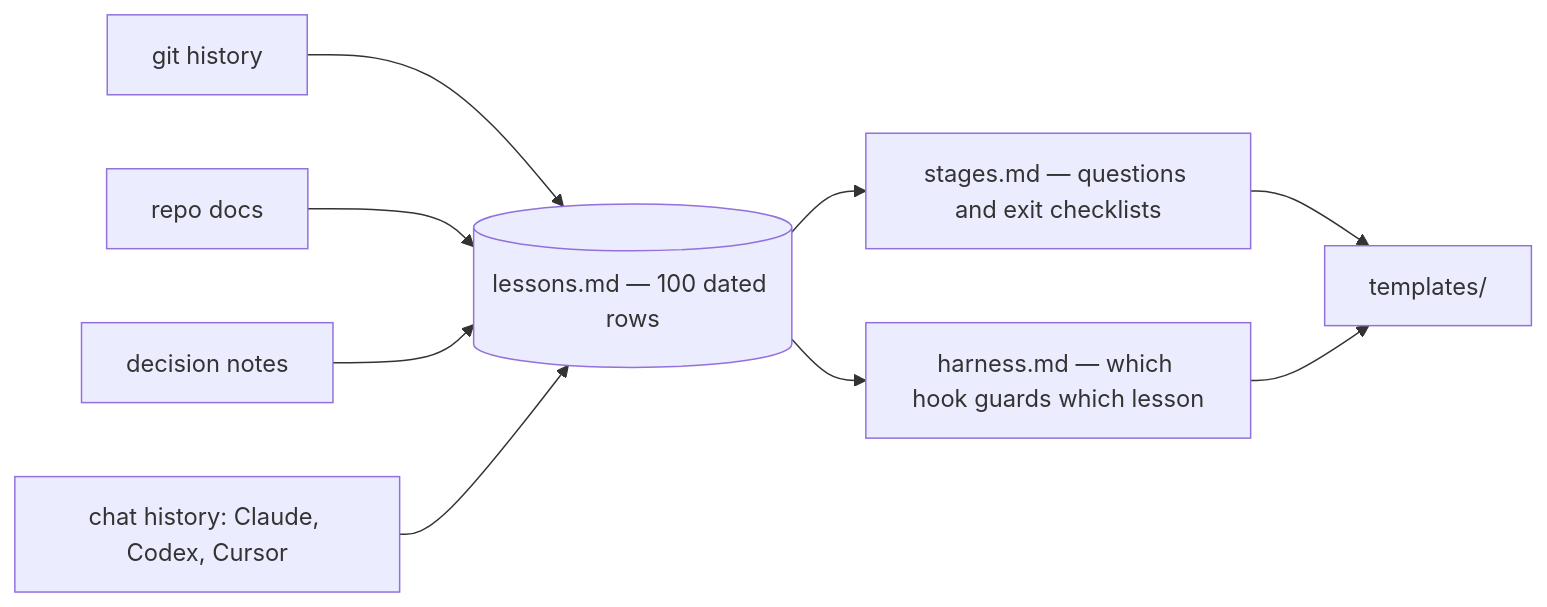
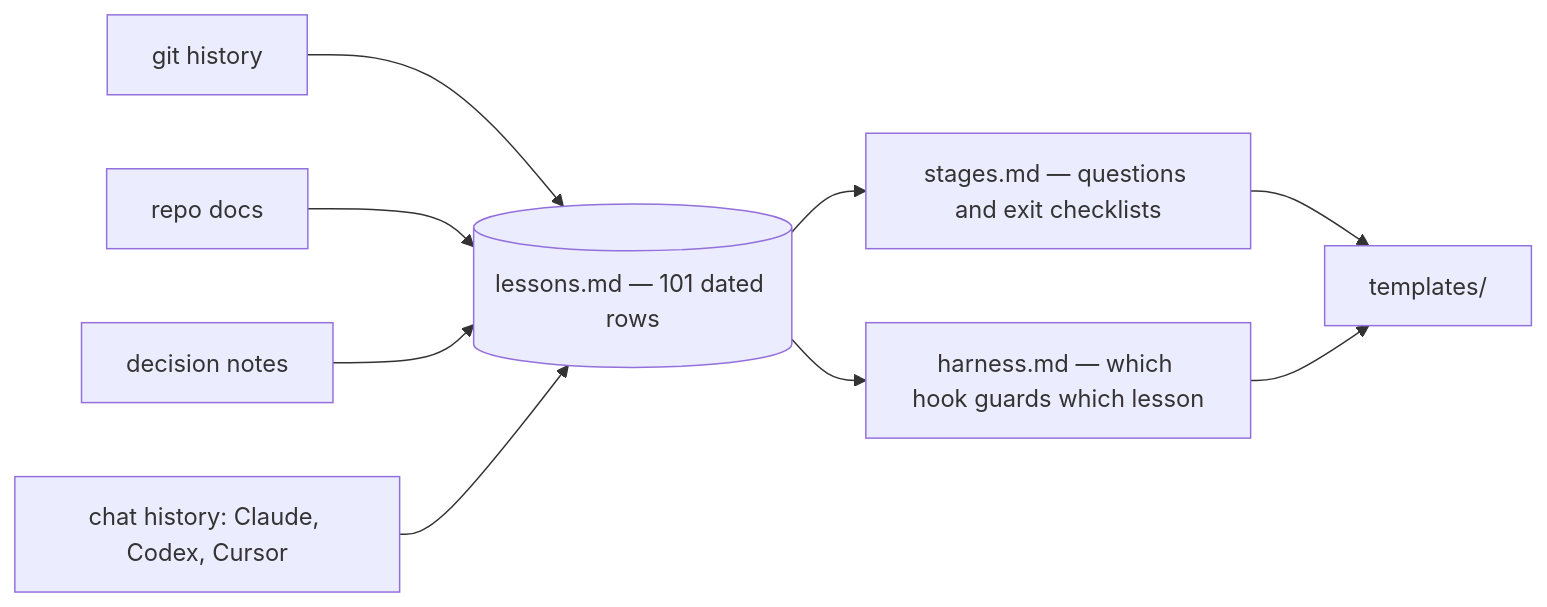
The second of 2 diagrams in README.md (EranTzarum/project-kickoff), drawn with Mermaid before and after one commit. The commit also changed other lines of this file and 12 other files, not shown here.

````diff
--- a/README.md
+++ b/README.md
@@ -225,11 +225,11 @@
 ```mermaid
 flowchart LR
     G["git history"] --> L
     D["repo docs"] --> L
     V["decision notes"] --> L
     C["chat history: Claude, Codex, Cursor"] --> L
-    L[("lessons.md — 100 dated rows")] --> S["stages.md — questions and exit checklists"]
+    L[("lessons.md — 101 dated rows")] --> S["stages.md — questions and exit checklists"]
     L --> H["harness.md — which hook guards which lesson"]
     S --> T["templates/"]
     H --> T
 ```
````
